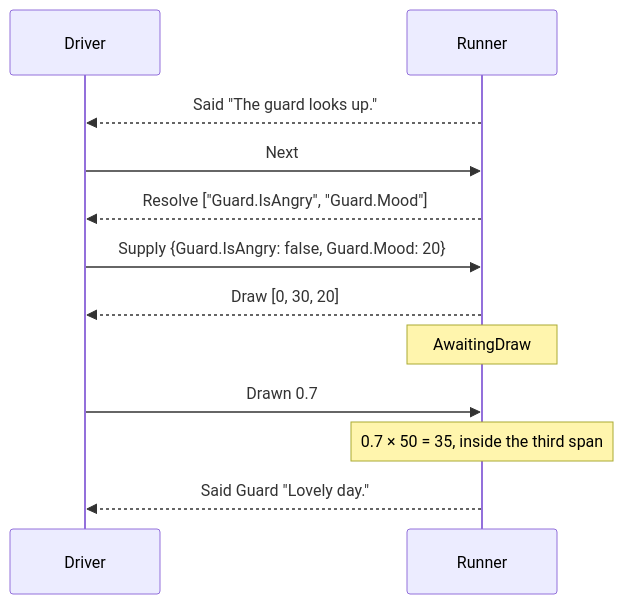
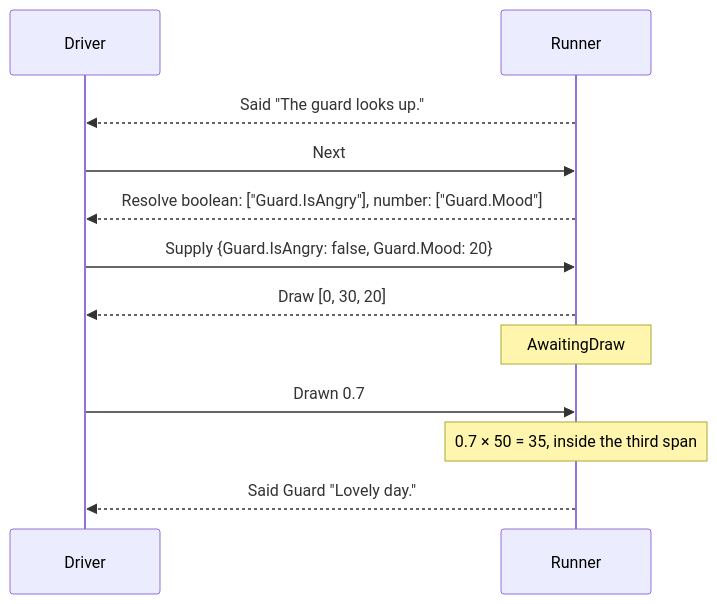
One commit to pengzhengyi/dialoguedown changed the diagram in docs/contributing/design-notes/runtime/Drawing a Random Option.md. Above: the diagram before and after it, drawn with Mermaid. The commit also changed other lines of this file and 49 other files, not shown here.

````diff
--- a/docs/contributing/design-notes/runtime/Drawing a Random Option.md
+++ b/docs/contributing/design-notes/runtime/Drawing a Random Option.md
@@ -124,14 +124,14 @@
 ```mermaid
 sequenceDiagram
     participant D as Driver
     participant R as Runner
     R-->>D: Said "The guard looks up."
     D->>R: Next
-    R-->>D: Resolve ["Guard.IsAngry", "Guard.Mood"]
+    R-->>D: Resolve boolean: ["Guard.IsAngry"], number: ["Guard.Mood"]
     D->>R: Supply {Guard.IsAngry: false, Guard.Mood: 20}
     R-->>D: Draw [0, 30, 20]
     Note over R: AwaitingDraw
     D->>R: Drawn 0.7
     Note over R: 0.7 × 50 = 35, inside the third span
     R-->>D: Said Guard "Lovely day."
 ```
````
